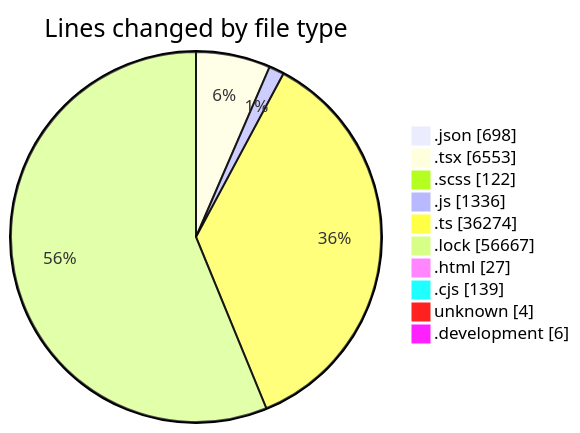
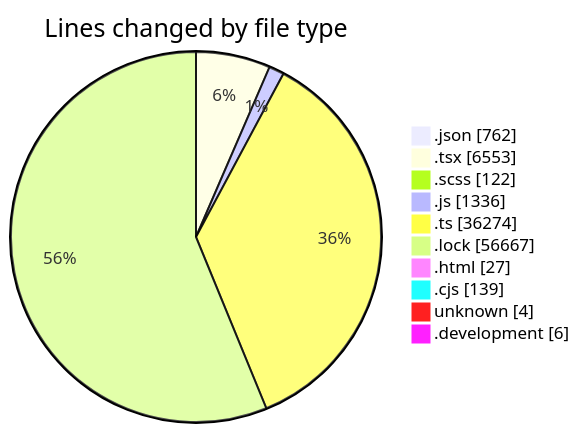
The first of 2 diagrams in 2026-09-03/cda/README.md (momahboobian/code-tracking), drawn with Mermaid before and after one commit. The commit also changed other lines of this file and 1 other file, not shown here.

````diff
--- a/2026-09-03/cda/README.md
+++ b/2026-09-03/cda/README.md
@@ -82,14 +82,14 @@
 ```mermaid
 pie showData
 title Lines changed by file type
-".json" : 698
+".json" : 762
 ".tsx" : 6553
 ".scss" : 122
 ".js" : 1336
 ".ts" : 36274
 ".lock" : 56667
 ".html" : 27
 ".cjs" : 139
 "unknown" : 4
 ".development" : 6
 ```
````
